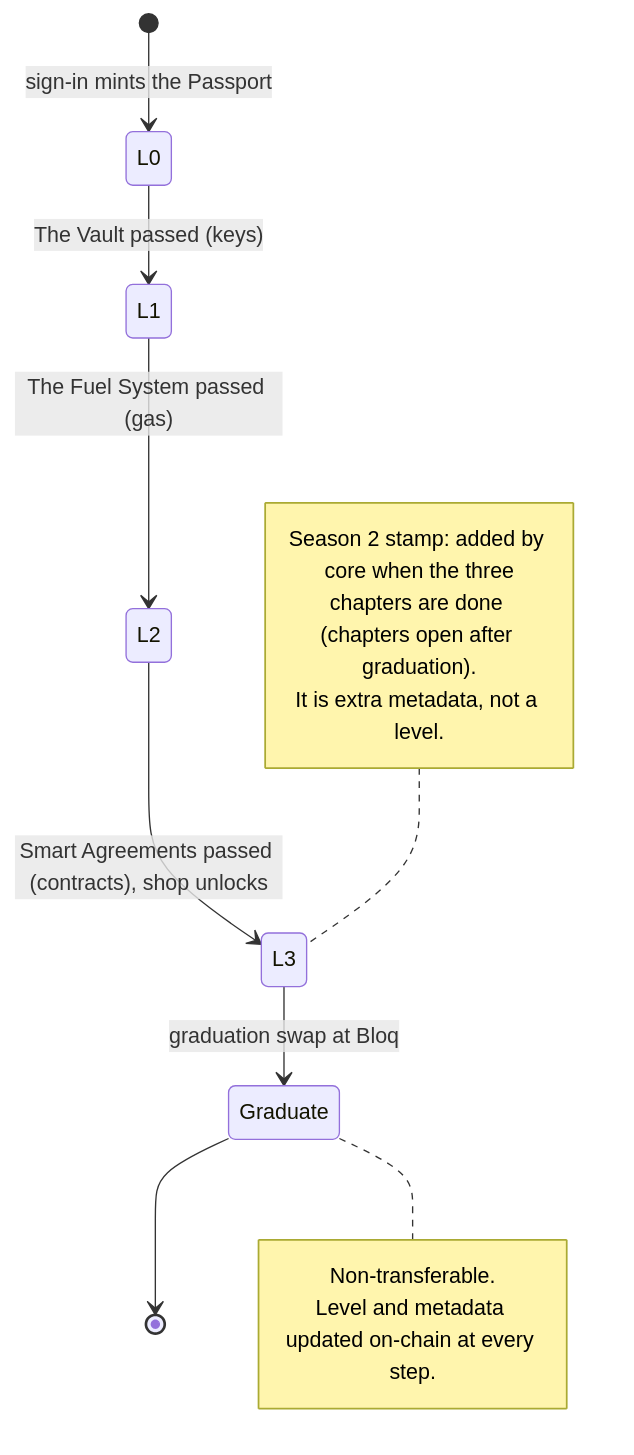
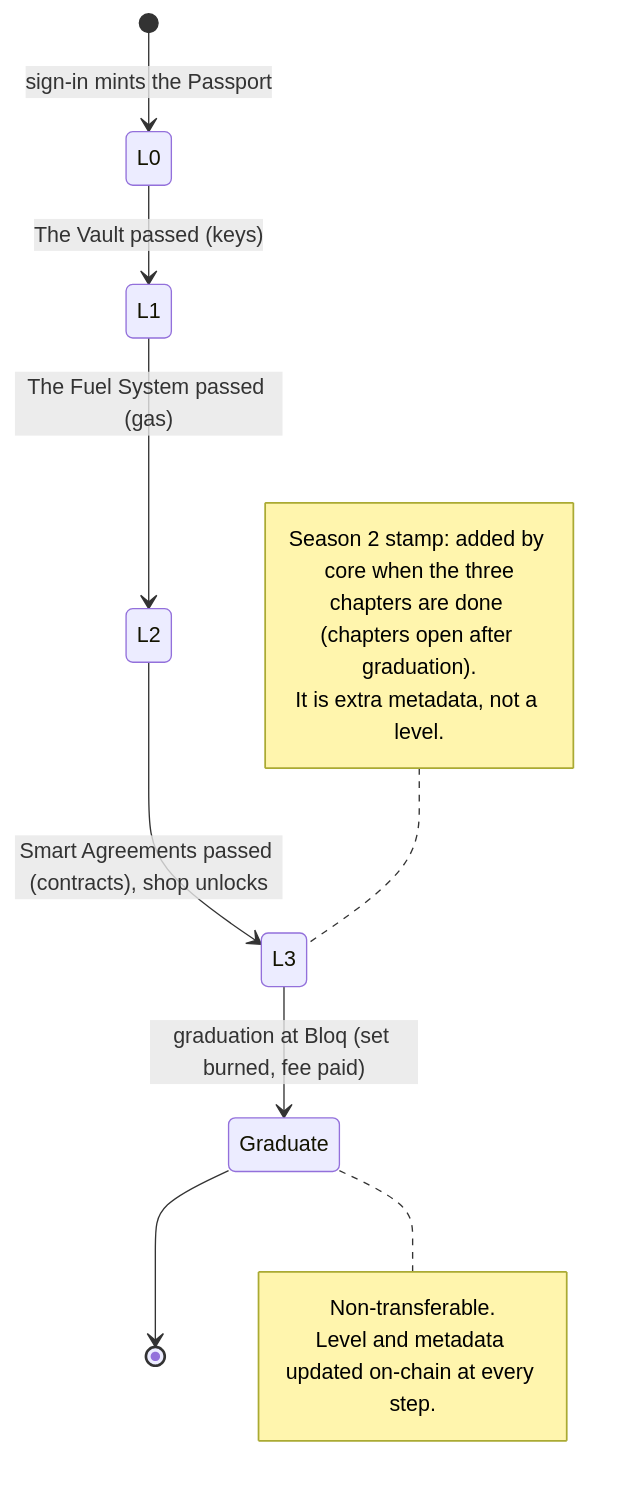
One commit to 1AdiTech1/bloqvia changed the sixth of 9 diagrams in docs/FLOWS.md. Above: the diagram before and after it, drawn with Mermaid. The commit also changed other lines of this file and 2 other files, not shown here.

First line of the commit message:
docs: the shipping rule in FLOWS, the contracts README and INTEGRATION

````diff
--- a/docs/FLOWS.md
+++ b/docs/FLOWS.md
@@ -165,18 +165,18 @@
 ```mermaid
 stateDiagram-v2
     [*] --> L0: sign-in mints the Passport
     L0 --> L1: The Vault passed (keys)
     L1 --> L2: The Fuel System passed (gas)
     L2 --> L3: Smart Agreements passed (contracts), shop unlocks
-    L3 --> Graduate: graduation swap at Bloq
+    L3 --> Graduate: graduation at Bloq (set burned, fee paid)
     Graduate --> [*]
     note right of Graduate
         Non-transferable.
         Level and metadata updated on-chain at every step.
     end note
     note left of L3
         Season 2 stamp: added by core when the three
         chapters are done (chapters open after graduation).
         It is extra metadata, not a level.
     end note
 ```
````
